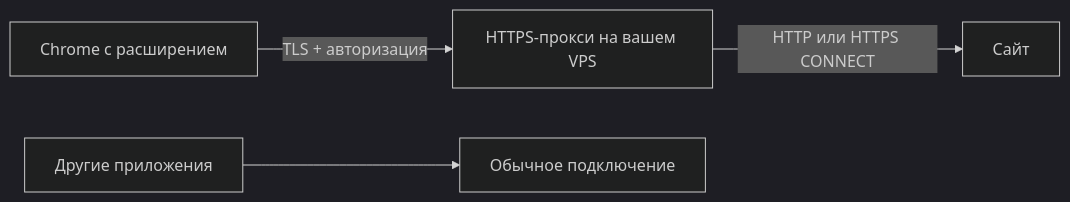
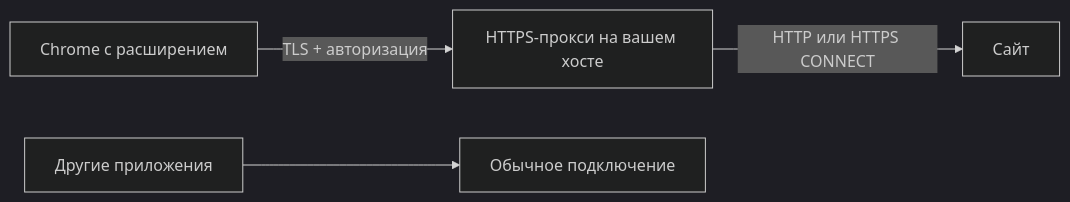
One commit to coffegorio/self-hosted-browser-vpn changed the diagram in README.md. Above: the diagram before and after it, drawn with Mermaid (dark theme). The commit also changed other lines of this file and 16 other files, not shown here.

````diff
--- a/README.md
+++ b/README.md
@@ -14,6 +16,6 @@
 ```mermaid
 flowchart LR
-    Chrome[Chrome с расширением] -- "TLS + авторизация" --> VPS[HTTPS-прокси на вашем VPS]
-    VPS -- "HTTP или HTTPS CONNECT" --> Site[Сайт]
+    Chrome[Chrome с расширением] -- "TLS + авторизация" --> Host[HTTPS-прокси на вашем хосте]
+    Host -- "HTTP или HTTPS CONNECT" --> Site[Сайт]
     Apps[Другие приложения] --> Direct[Обычное подключение]
 ```
````
